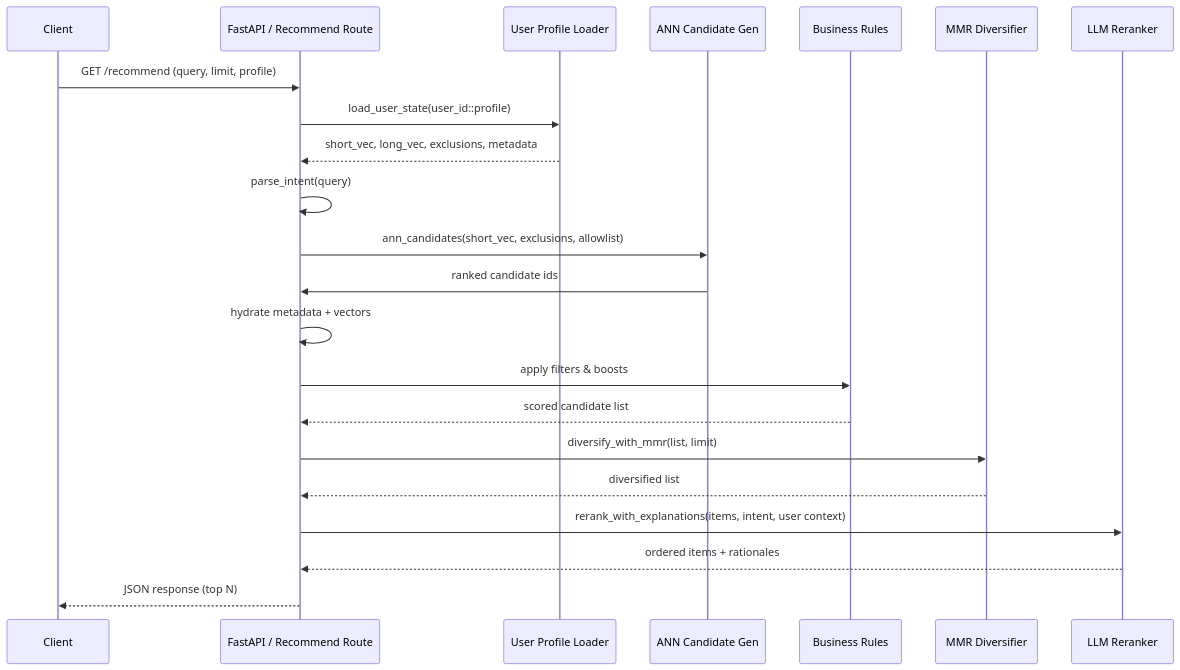
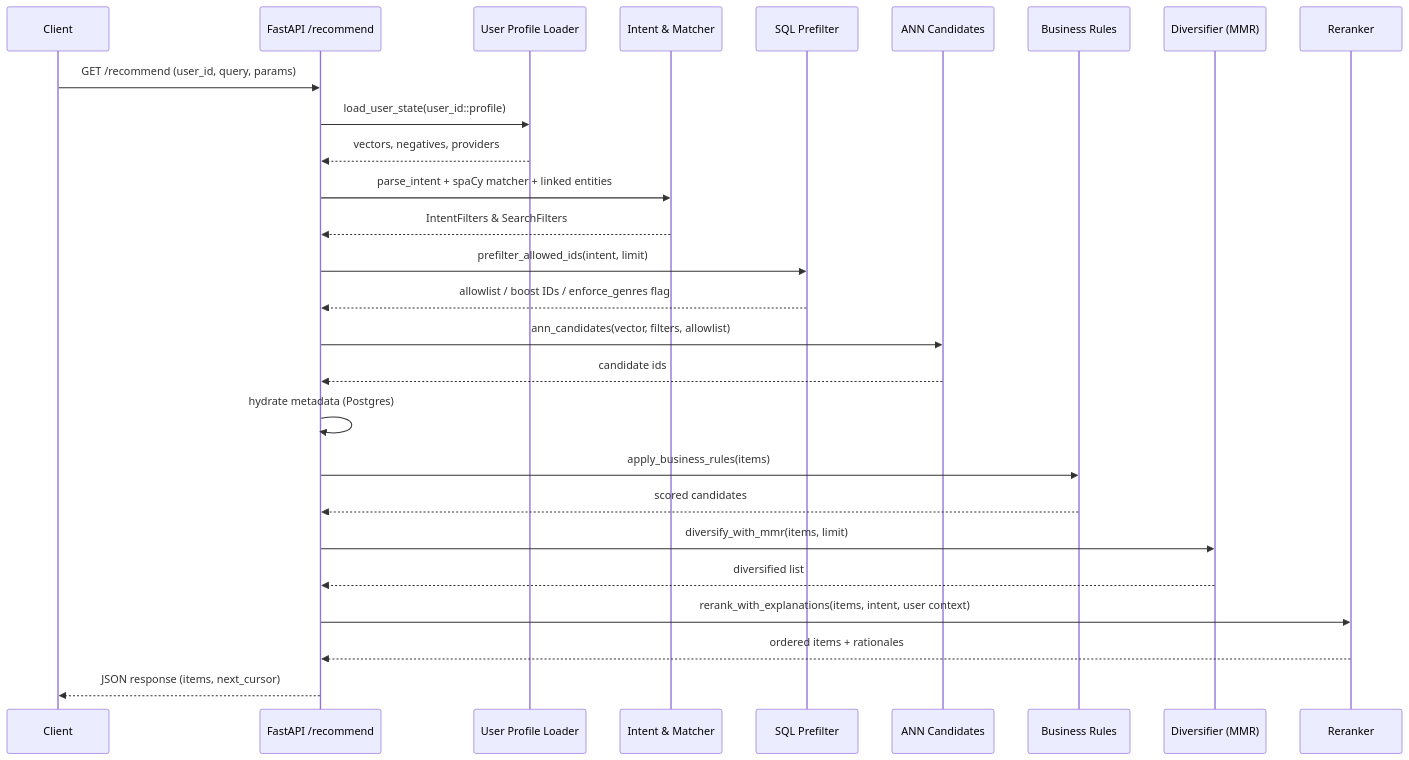
Before and after one commit to natanayalo/SeenemAll: the second of 2 diagrams in README.md, drawn with Mermaid. The commit also changed other lines of this file and 58 other files, not shown here.

````diff
--- a/README.md
+++ b/README.md
@@ -53,25 +112,30 @@
 ```mermaid
 sequenceDiagram
     participant C as Client
-    participant A as FastAPI / Recommend Route
+    participant A as FastAPI /recommend
     participant P as User Profile Loader
-    participant G as ANN Candidate Gen
+    participant M as Intent & Matcher
+    participant F as SQL Prefilter
+    participant G as ANN Candidates
     participant B as Business Rules
-    participant D as MMR Diversifier
-    participant R as LLM Reranker
+    participant D as Diversifier (MMR)
+    participant R as Reranker
 
-    C->>A: GET /recommend (query, limit, profile)
+    C->>A: GET /recommend (user_id, query, params)
     A->>P: load_user_state(user_id::profile)
-    P-->>A: short_vec, long_vec, exclusions, metadata
-    A->>A: parse_intent(query)
-    A->>G: ann_candidates(short_vec, exclusions, allowlist)
-    G->>A: ranked candidate ids
-    A->>A: hydrate metadata + vectors
-    A->>B: apply filters & boosts
-    B-->>A: scored candidate list
-    A->>D: diversify_with_mmr(list, limit)
+    P-->>A: vectors, negatives, providers
+    A->>M: parse_intent + spaCy matcher + linked entities
+    M-->>A: IntentFilters & SearchFilters
+    A->>F: prefilter_allowed_ids(intent, limit)
+    F-->>A: allowlist / boost IDs / enforce_genres flag
+    A->>G: ann_candidates(vector, filters, allowlist)
+    G-->>A: candidate ids
+    A->>A: hydrate metadata (Postgres)
+    A->>B: apply_business_rules(items)
+    B-->>A: scored candidates
+    A->>D: diversify_with_mmr(items, limit)
     D-->>A: diversified list
     A->>R: rerank_with_explanations(items, intent, user context)
     R-->>A: ordered items + rationales
-    A-->>C: JSON response (top N)
+    A-->>C: JSON response (items, next_cursor)
 ```
````
